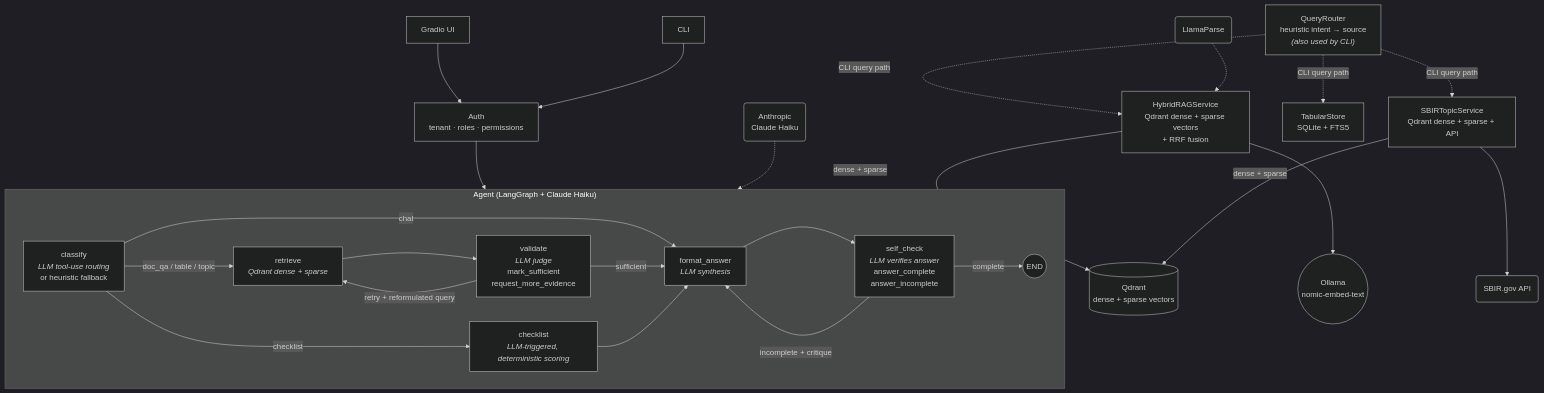
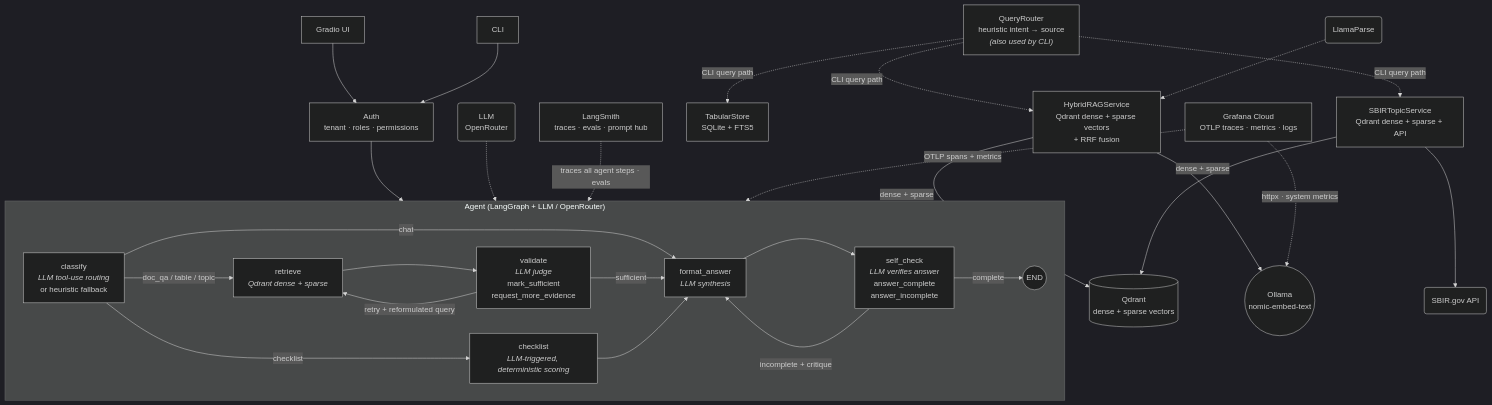
Before and after one commit to DimasDuran/GovGrant-AI: the diagram in README.md, drawn with Mermaid (dark theme). The commit also changed other lines of this file and 11 other files, not shown here.

First line of the commit message:
feat: observability — LangSmith tracing + OpenTelemetry (Grafana Cloud)

````diff
--- a/README.md
+++ b/README.md
@@ -56,59 +56,66 @@
 ```mermaid
 graph TB
     %% Entry points
     UI["Gradio UI"]
     CLI["CLI"]
 
     %% Auth
     AUTH["Auth<br/>tenant · roles · permissions"]
 
     %% Agent (LangGraph) — full pipeline
-    subgraph AGENT["Agent (LangGraph + Claude Haiku)"]
+    subgraph AGENT["Agent (LangGraph + LLM / OpenRouter)"]
         C["classify<br/><i>LLM tool‑use routing</i><br/>or heuristic fallback"]
         R["retrieve<br/><i>Qdrant dense + sparse</i>"]
         V["validate<br/><i>LLM judge</i><br/>mark_sufficient<br/>request_more_evidence"]
         F["format_answer<br/><i>LLM synthesis</i>"]
         S["self_check<br/><i>LLM verifies answer</i><br/>answer_complete<br/>answer_incomplete"]
         CK["checklist<br/><i>LLM‑triggered, deterministic scoring</i>"]
 
         C -->|doc_qa / table / topic| R
         C -->|checklist| CK
         C -->|chat| F
         R --> V
         V -->|sufficient| F
         V -->|retry + reformulated query| R
         F --> S
         S -->|incomplete + critique| F
         S -->|complete| E
         CK --> F
     end
 
     E(("END"))
 
     %% Router + RAG
     ROUTER["QueryRouter<br/>heuristic intent → source<br/><i>(also used by CLI)</i>"]
     HR["HybridRAGService<br/>Qdrant dense + sparse vectors<br/>+ RRF fusion"]
     SBIR["SBIRTopicService<br/>Qdrant dense + sparse + API"]
     TABULAR["TabularStore<br/>SQLite + FTS5"]
 
     %% External / infra
     QD[(Qdrant<br/>dense + sparse vectors)]
     OLL(("Ollama<br/>nomic-embed-text"))
     LLAMA("LlamaParse")
-    ANTH("Anthropic<br/>Claude Haiku")
+    ANTH("LLM<br/>OpenRouter")
     SBIRAPI("SBIR.gov API")
+
+    %% Observability
+    LS["LangSmith<br/>traces · evals · prompt hub"]
+    GF["Grafana Cloud<br/>OTLP traces · metrics · logs"]
 
     %% Flows
     UI --> AUTH
     CLI --> AUTH
     AUTH --> AGENT
     ROUTER -.->|CLI query path| HR
     ROUTER -.->|CLI query path| SBIR
     ROUTER -.->|CLI query path| TABULAR
     HR -->|dense + sparse| QD
     HR --> OLL
     SBIR -->|dense + sparse| QD
     SBIR --> SBIRAPI
     LLAMA -.-> HR
     ANTH -.-> AGENT
+    LS -.->|traces all agent steps · evals| AGENT
+    GF -.->|OTLP spans + metrics| AGENT
+    GF -.->|httpx · system metrics| OLL
 ```
````
